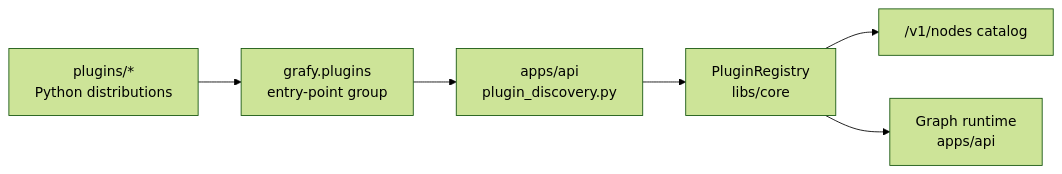
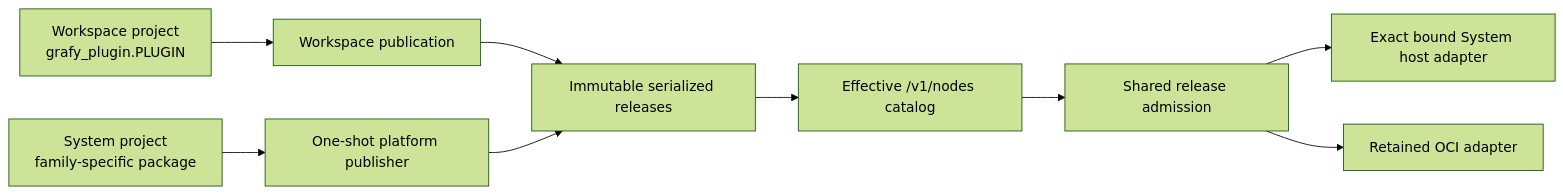
One commit to artpods56/KUL_IDUB_EcclesialSchematisms changed the diagram in docs/design/plugin-development.md. Above: the diagram before and after it, drawn with Mermaid (forest theme). The commit also changed other lines of this file and 19 other files, not shown here.

Commit message:
docs(plugins): record unified release architecture and cutover

````diff
--- a/docs/design/plugin-development.md
+++ b/docs/design/plugin-development.md
@@ -45,8 +56,11 @@
 ```mermaid
 flowchart LR
-    Plugins["plugins/*\nPython distributions"] --> EP["grafy.plugins\nentry-point group"]
-    EP --> Discovery["apps/api\nplugin_discovery.py"]
-    Discovery --> Registry["PluginRegistry\nlibs/core"]
-    Registry --> Catalog["/v1/nodes catalog"]
-    Registry --> Runtime["Graph runtime\napps/api"]
+    Workspace["Workspace project\ngrafy_plugin.PLUGIN"] --> WorkspacePublish["Workspace publication"]
+    System["System project\nfamily-specific package"] --> PlatformPublish["One-shot platform publisher"]
+    WorkspacePublish --> Releases["Immutable serialized releases"]
+    PlatformPublish --> Releases
+    Releases --> Catalog["Effective /v1/nodes catalog"]
+    Catalog --> Admission["Shared release admission"]
+    Admission --> Host["Exact bound System host adapter"]
+    Admission --> OCI["Retained OCI adapter"]
 ```
````
